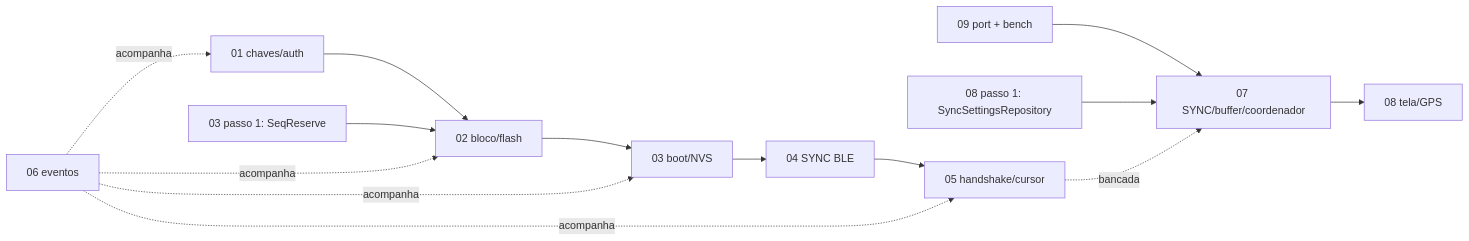
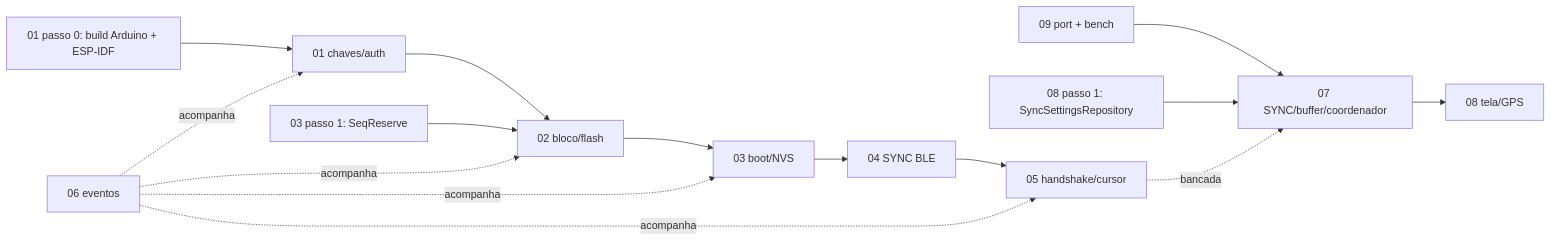
The diagram in .spec/fase-1-seguranca-telemetria/README.md (rodrigomarcolin/tccelta), drawn with Mermaid before and after one commit. The commit also changed other lines of this file and 9 other files, not shown here.

````diff
--- a/.spec/fase-1-seguranca-telemetria/README.md
+++ b/.spec/fase-1-seguranca-telemetria/README.md
@@ -53,13 +58,14 @@
 ```mermaid
 flowchart LR
-    F01[01 chaves/auth] --> F02[02 bloco/flash]
+    F00[01 passo 0: build Arduino + ESP-IDF] --> F01[01 chaves/auth]
+    F01 --> F02[02 bloco/flash]
     F03a[03 passo 1: SeqReserve] --> F02
     F02 --> F03[03 boot/NVS]
     F03 --> F04[04 SYNC BLE]
     F04 --> F05[05 handshake/cursor]
     F06[06 eventos] -.acompanha.-> F01 & F02 & F03 & F05
     A09p[09 port + bench] --> A07[07 SYNC/buffer/coordenador]
     A08r[08 passo 1: SyncSettingsRepository] --> A07
     A07 --> A08[08 tela/GPS]
     F05 -. bancada .-> A07
 ```
````
